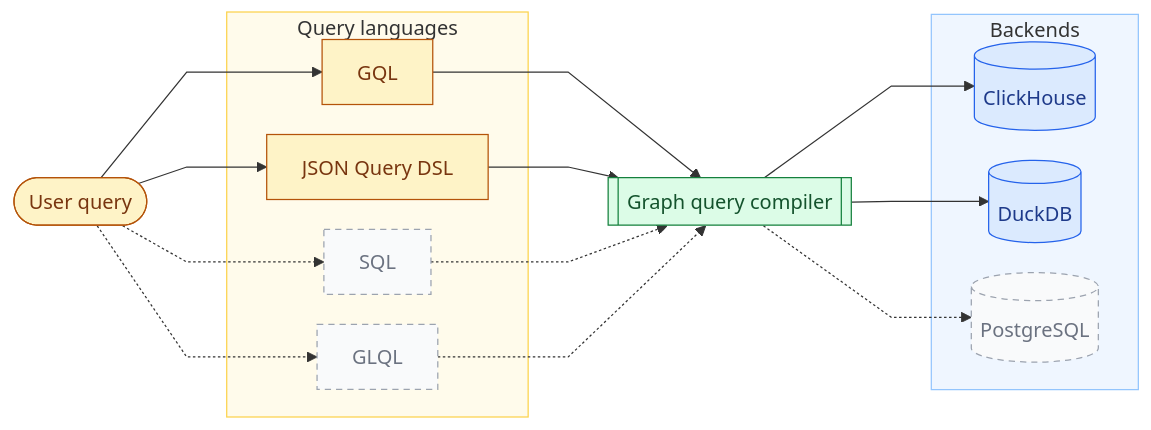
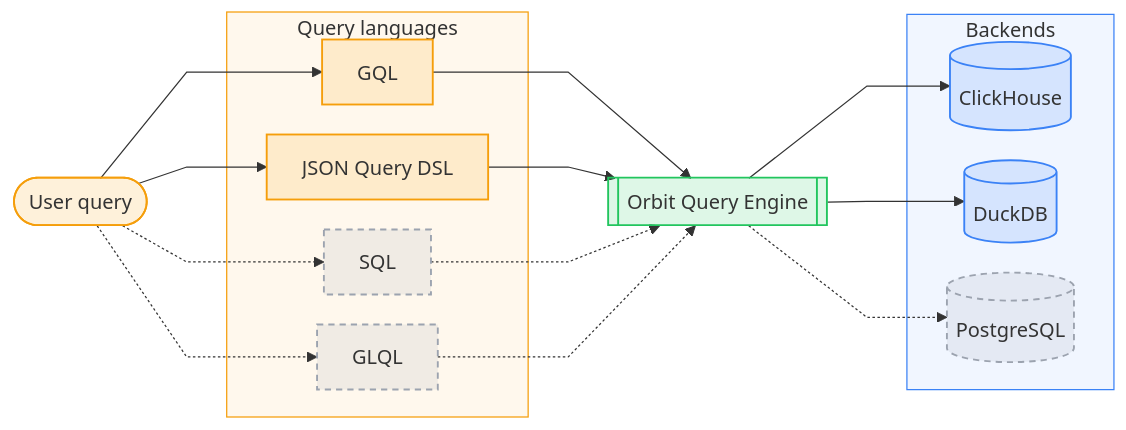
The first of 10 diagrams in docs/pages/engineering/architecture/query-engine.md (gitlabhq/orbit-knowledge-graph), drawn with Mermaid before and after one commit. The commit also changed other lines of this file and 5 other files, not shown here.

Commit message:
docs(architecture): rename to Orbit Query Engine and use theme-neutral diagram colors

````diff
--- a/docs/pages/engineering/architecture/query-engine.md
+++ b/docs/pages/engineering/architecture/query-engine.md
@@ -10,48 +10,48 @@
 ```mermaid
 %%{init: {"flowchart": {"curve": "linear", "nodeSpacing": 24, "rankSpacing": 64, "padding": 14}}}%%
 flowchart LR
-    accTitle: Query languages and backends of the graph query engine
-    accDescr: A user query arrives in GQL or the JSON Query DSL, with SQL and GLQL planned. The graph query compiler turns it into SQL for ClickHouse or DuckDB, with PostgreSQL planned.
+    accTitle: Query languages and backends of the Orbit Query Engine
+    accDescr: A user query arrives in GQL or the JSON Query DSL, with SQL and GLQL planned. The Orbit Query Engine turns it into SQL for ClickHouse or DuckDB, with PostgreSQL planned.
 
     user(["User query"])
 
     subgraph languages["Query languages"]
         gql["GQL"]
         json["JSON Query DSL"]
         sql["SQL"]
         glql["GLQL"]
     end
 
-    compiler[["Graph query compiler"]]
+    compiler[["Orbit Query Engine"]]
 
     subgraph backends["Backends"]
         clickhouse[("ClickHouse")]
         duckdb[("DuckDB")]
         postgres[("PostgreSQL")]
     end
 
     user --> gql
     user --> json
     user -.-> sql
     user -.-> glql
     gql --> compiler
     json --> compiler
     sql -.-> compiler
     glql -.-> compiler
     compiler --> clickhouse
     compiler --> duckdb
     compiler -.-> postgres
 
-    classDef language fill:#FEF3C7,stroke:#B45309,color:#78350F
-    classDef engine fill:#DCFCE7,stroke:#15803D,color:#14532D
-    classDef backend fill:#DBEAFE,stroke:#2563EB,color:#1E3A8A
-    classDef future fill:#F9FAFB,stroke:#9CA3AF,color:#6B7280,stroke-dasharray:5 4
+    classDef language fill:#F59E0B26,stroke:#F59E0B,stroke-width:1.5px
+    classDef engine fill:#22C55E26,stroke:#22C55E,stroke-width:1.5px
+    classDef backend fill:#3B82F626,stroke:#3B82F6,stroke-width:1.5px
+    classDef future fill:#9CA3AF26,stroke:#9CA3AF,stroke-width:1.5px,stroke-dasharray:5 4
 
     class user,gql,json language
     class compiler engine
     class clickhouse,duckdb backend
     class sql,glql,postgres future
 
-    style languages fill:#FFFBEB,stroke:#FCD34D
-    style backends fill:#EFF6FF,stroke:#93C5FD
+    style languages fill:#F59E0B12,stroke:#F59E0B
+    style backends fill:#3B82F612,stroke:#3B82F6
 ```
````
